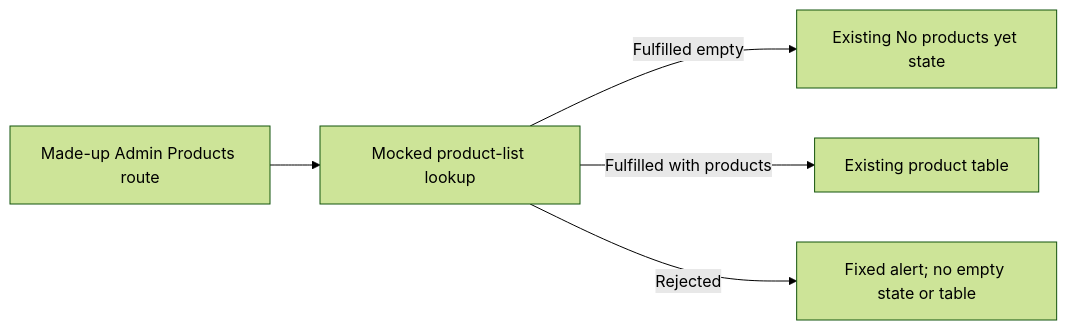
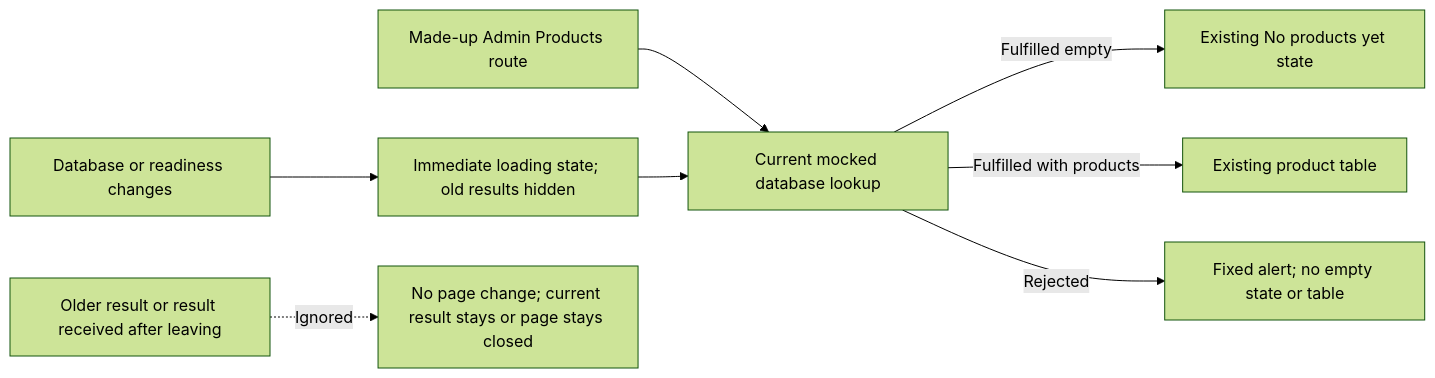
One commit to Run-MPRC/Run-MPRC.github.io changed diagram 35 of 48 in docs/officers/EVENTS_SHOP_MEMBERS.md. Above: the diagram before and after it, drawn with Mermaid (forest theme). The commit also changed other lines of this file and 2 other files, not shown here.

Commit message:
fix: bind admin products to current database

````diff
--- a/docs/officers/EVENTS_SHOP_MEMBERS.md
+++ b/docs/officers/EVENTS_SHOP_MEMBERS.md
@@ -2329,7 +2329,10 @@
 ```mermaid
 flowchart LR
-    A["Made-up Admin Products route"] --> B["Mocked product-list lookup"]
+    A["Made-up Admin Products route"] --> B["Current mocked database lookup"]
     B -- "Fulfilled empty" --> C["Existing No products yet state"]
     B -- "Fulfilled with products" --> D["Existing product table"]
     B -- "Rejected" --> E["Fixed alert; no empty state or table"]
+    F["Database or readiness changes"] --> G["Immediate loading state; old results hidden"]
+    G --> B
+    H["Older result or result received after leaving"] -. "Ignored" .-> I["No page change; current result stays or page stays closed"]
 ```
````
